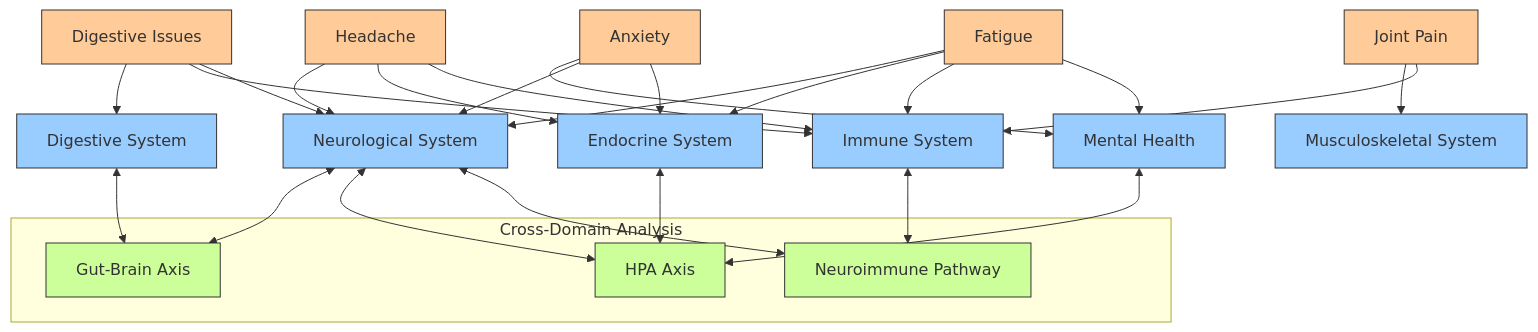
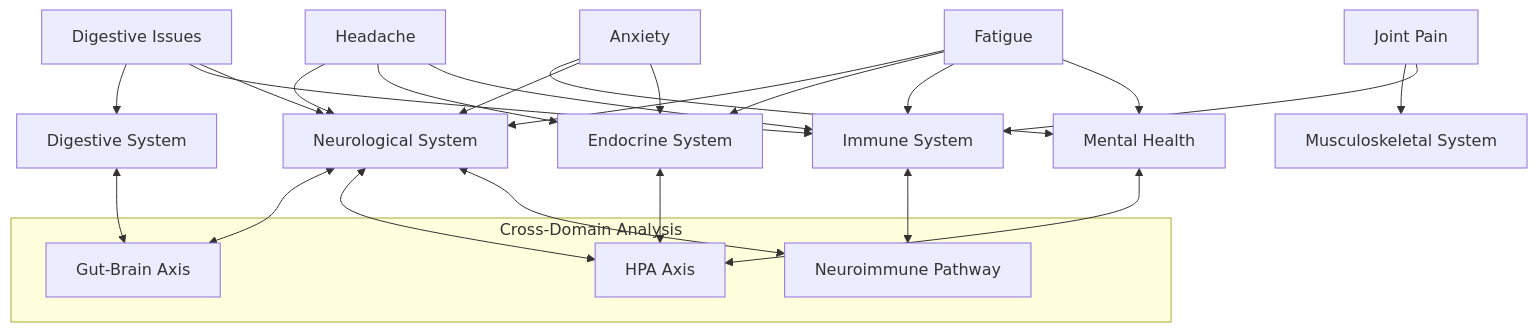
One commit to senthilcaesar/ai-doctor changed the second of 3 diagrams in SYSTEMS_MEDICINE_ENHANCEMENT.md. Above: the diagram before and after it, drawn with Mermaid. The commit also changed other lines of this file and 1 other file, not shown here.

````diff
--- a/SYSTEMS_MEDICINE_ENHANCEMENT.md
+++ b/SYSTEMS_MEDICINE_ENHANCEMENT.md
@@ -149,59 +139,55 @@
 ```mermaid
 graph TD
-    classDef symptom fill:#ffcc99,stroke:#333,stroke-width:1px
-    classDef system fill:#99ccff,stroke:#333,stroke-width:1px
-    classDef connection fill:#ccff99,stroke:#333,stroke-width:1px
+    H[Headache]
+    F[Fatigue]
+    D[Digestive Issues]
+    A[Anxiety]
+    J[Joint Pain]
 
-    H[Headache]:::symptom
-    F[Fatigue]:::symptom
-    D[Digestive Issues]:::symptom
-    A[Anxiety]:::symptom
-    J[Joint Pain]:::symptom
-
-    NS[Neurological System]:::system
-    ES[Endocrine System]:::system
-    IS[Immune System]:::system
-    DS[Digestive System]:::system
-    MS[Musculoskeletal System]:::system
-    MH[Mental Health]:::system
+    NS[Neurological System]
+    ES[Endocrine System]
+    IS[Immune System]
+    DS[Digestive System]
+    MS[Musculoskeletal System]
+    MH[Mental Health]
 
     H --> NS
     H --> ES
     H --> IS
 
     F --> NS
     F --> ES
     F --> IS
     F --> MH
 
     D --> DS
     D --> IS
     D --> NS
 
     A --> MH
     A --> NS
     A --> ES
 
     J --> MS
     J --> IS
 
-    GB[Gut-Brain Axis]:::connection
-    HPA[HPA Axis]:::connection
-    NI[Neuroimmune Pathway]:::connection
+    GB[Gut-Brain Axis]
+    HPA[HPA Axis]
+    NI[Neuroimmune Pathway]
 
     NS <--> GB
     DS <--> GB
 
     NS <--> HPA
     ES <--> HPA
     MH <--> HPA
 
     NS <--> NI
     IS <--> NI
 
     subgraph "Cross-Domain Analysis"
         GB
         HPA
         NI
     end
 ```
````
